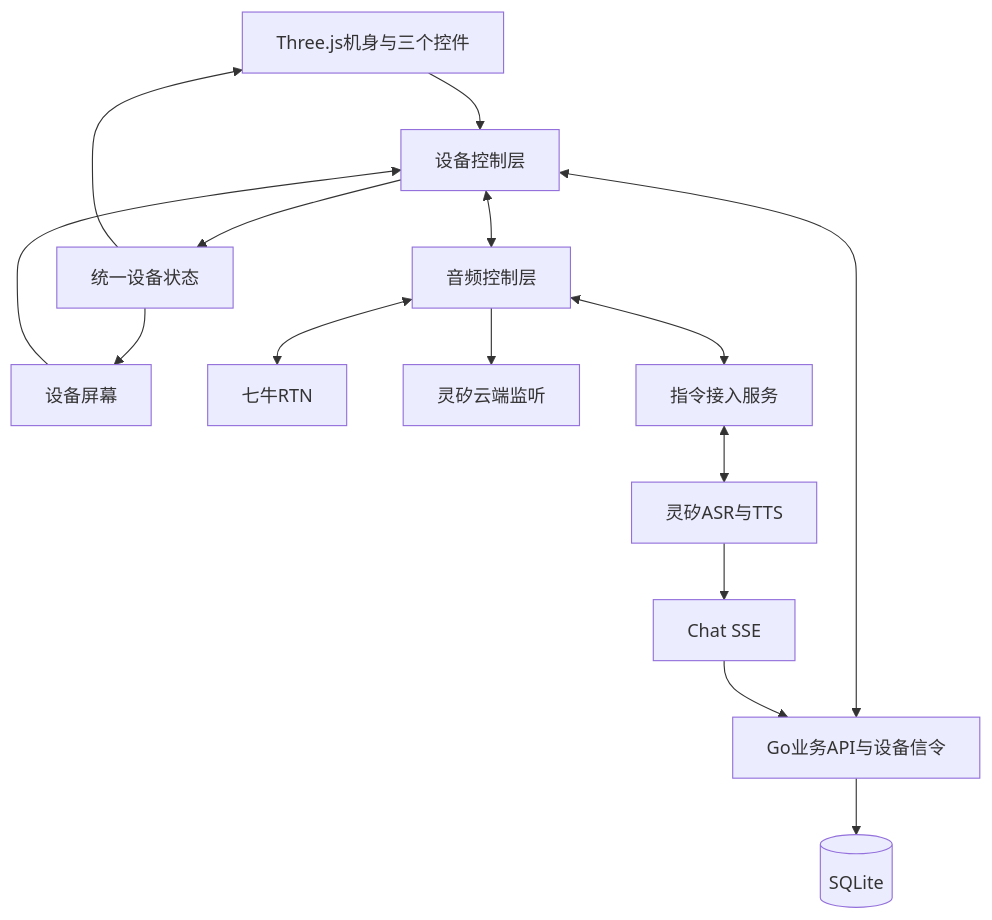
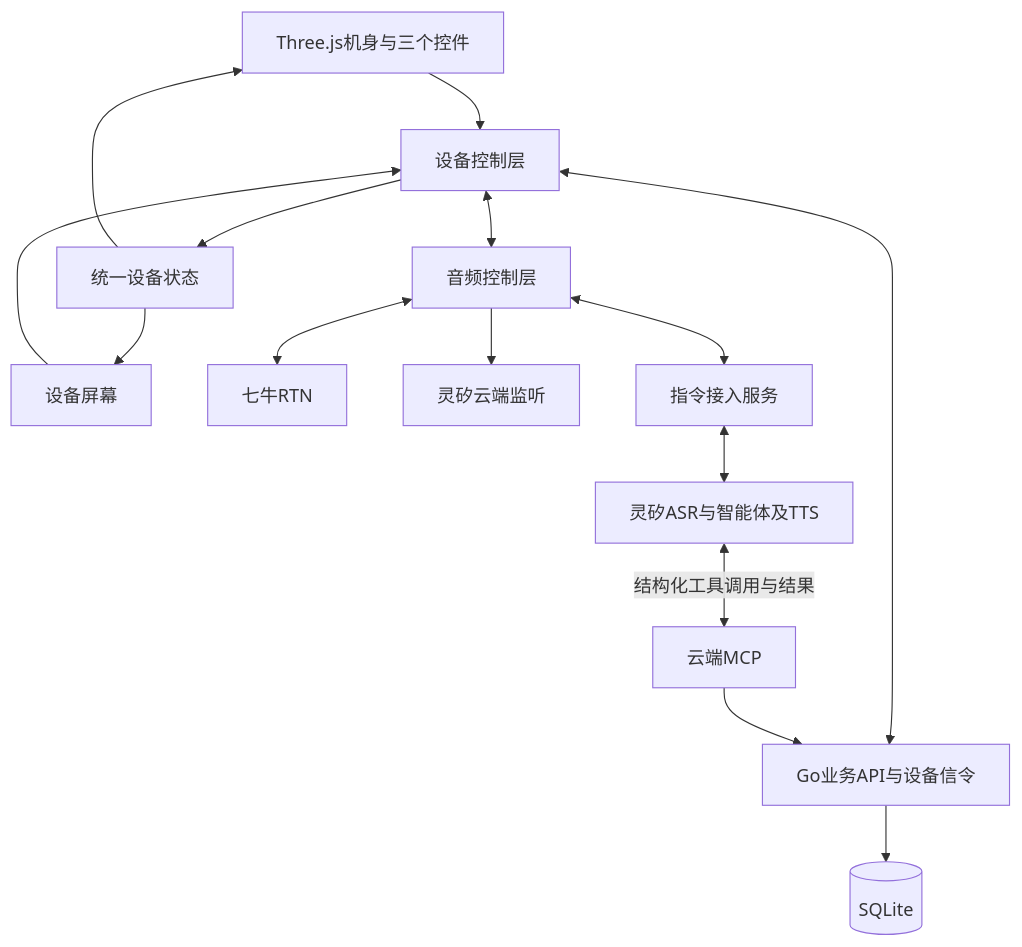
The first of 3 diagrams in docs/technical-design.md (AdairZeng/fleet-ptt), drawn with Mermaid before and after one commit. The commit also changed other lines of this file and 24 other files, not shown here.

````diff
--- a/docs/technical-design.md
+++ b/docs/technical-design.md
@@ -24,17 +24,17 @@
 ```mermaid
 flowchart TB
   shell[Three.js机身与三个控件] --> control[设备控制层]
   screen[设备屏幕] --> control
   control --> state[统一设备状态]
   state --> shell
   state --> screen
   control <--> api[Go业务API与设备信令]
   control <--> audio[音频控制层]
   audio <--> rtc[七牛RTN]
   audio --> wake[灵矽云端监听]
   audio <--> bridge[指令接入服务]
-  bridge <--> linx[灵矽ASR与TTS]
-  linx --> chat[Chat SSE]
-  chat --> api
+  bridge <--> linx[灵矽ASR与智能体及TTS]
+  linx <-->|结构化工具调用与结果| mcp[云端MCP]
+  mcp --> api
   api --> db[(SQLite)]
 ```
````
